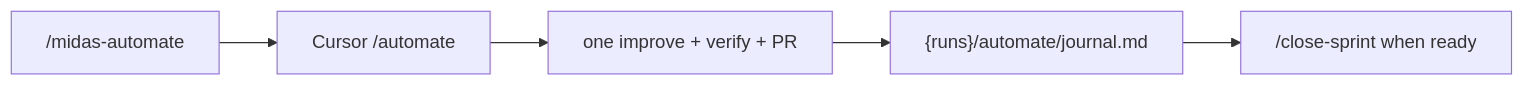
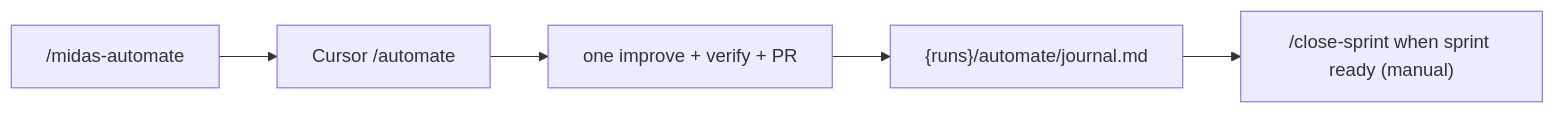
Before and after one commit to okuzpe/midas-harness: the fifth of 5 diagrams in create-midas/template/.harness/engine/docs/skill-flows.md, drawn with Mermaid. The commit also changed other lines of this file and 82 other files, not shown here.

First line of the commit message:
fix: release v2.5.2 — flow-audit handoff alignment

````diff
--- a/create-midas/template/.harness/engine/docs/skill-flows.md
+++ b/create-midas/template/.harness/engine/docs/skill-flows.md
@@ -133,7 +133,7 @@
 ```mermaid
 flowchart LR
   Draft["/midas-automate"] --> CursorAuto["Cursor /automate"]
   CursorAuto --> OneFix["one improve + verify + PR"]
   OneFix --> Journal["{runs}/automate/journal.md"]
-  Journal --> Close["/close-sprint when ready"]
+  Journal --> Close["/close-sprint when sprint ready (manual)"]
 ```
````
